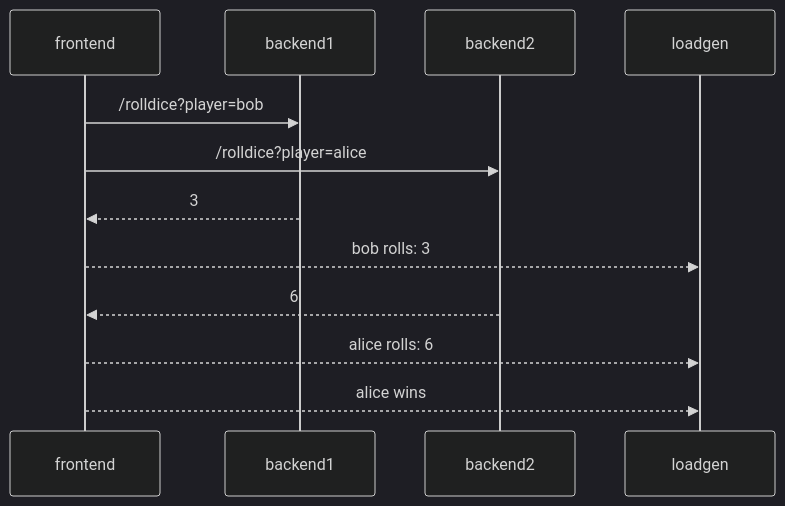
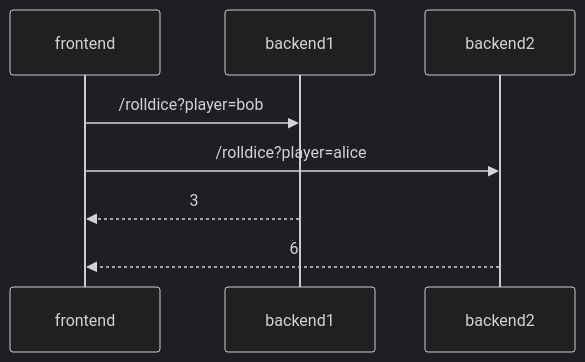
One commit to ramgopireddy/kubecon-eu-2023-opentelemetry-kubernetes-tutorial changed the first of 2 diagrams in 03-app-instrumentation.md. Above: the diagram before and after it, drawn with Mermaid (dark theme).

````diff
--- a/03-app-instrumentation.md
+++ b/03-app-instrumentation.md
@@ -30,10 +30,7 @@
 ```mermaid
 sequenceDiagram
     frontend->>backend1: /rolldice?player=bob
     frontend->>backend2: /rolldice?player=alice
     backend1-->>frontend: 3
-    frontend-->>loadgen: bob rolls: 3
     backend2-->>frontend: 6
-    frontend-->>loadgen: alice rolls: 6
-    frontend-->>loadgen: alice wins
 ```
````
